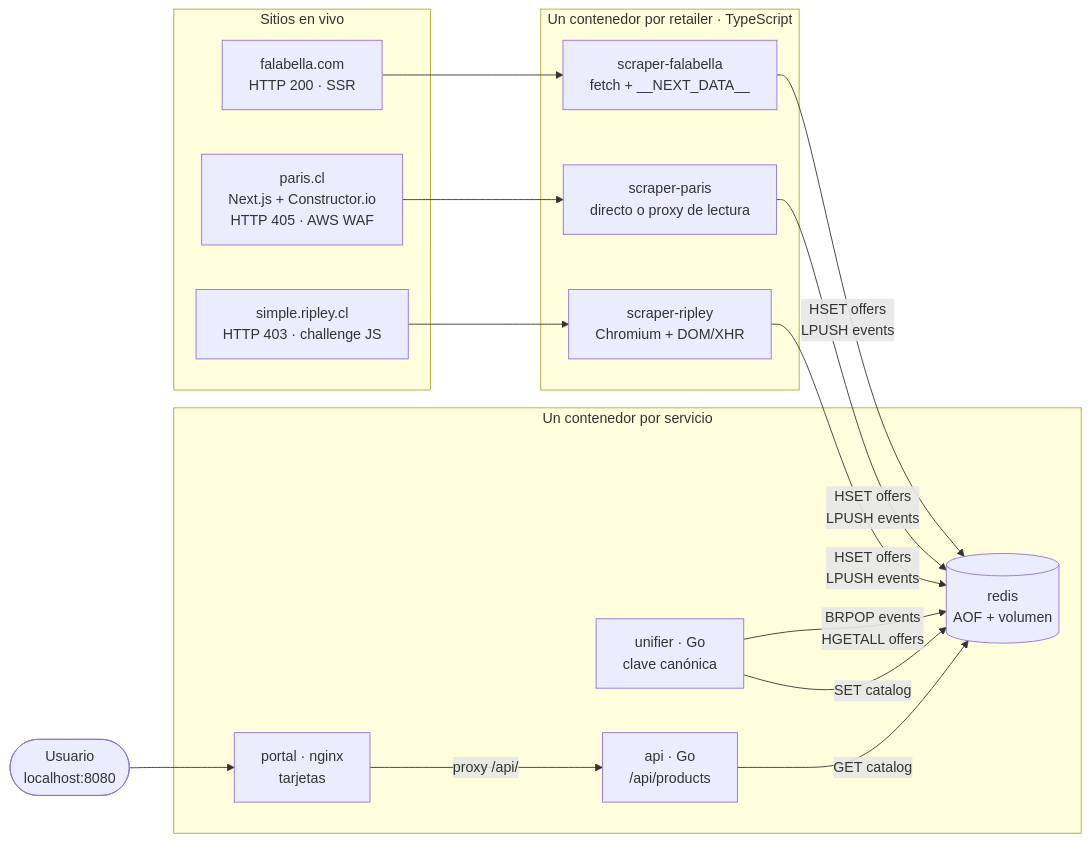
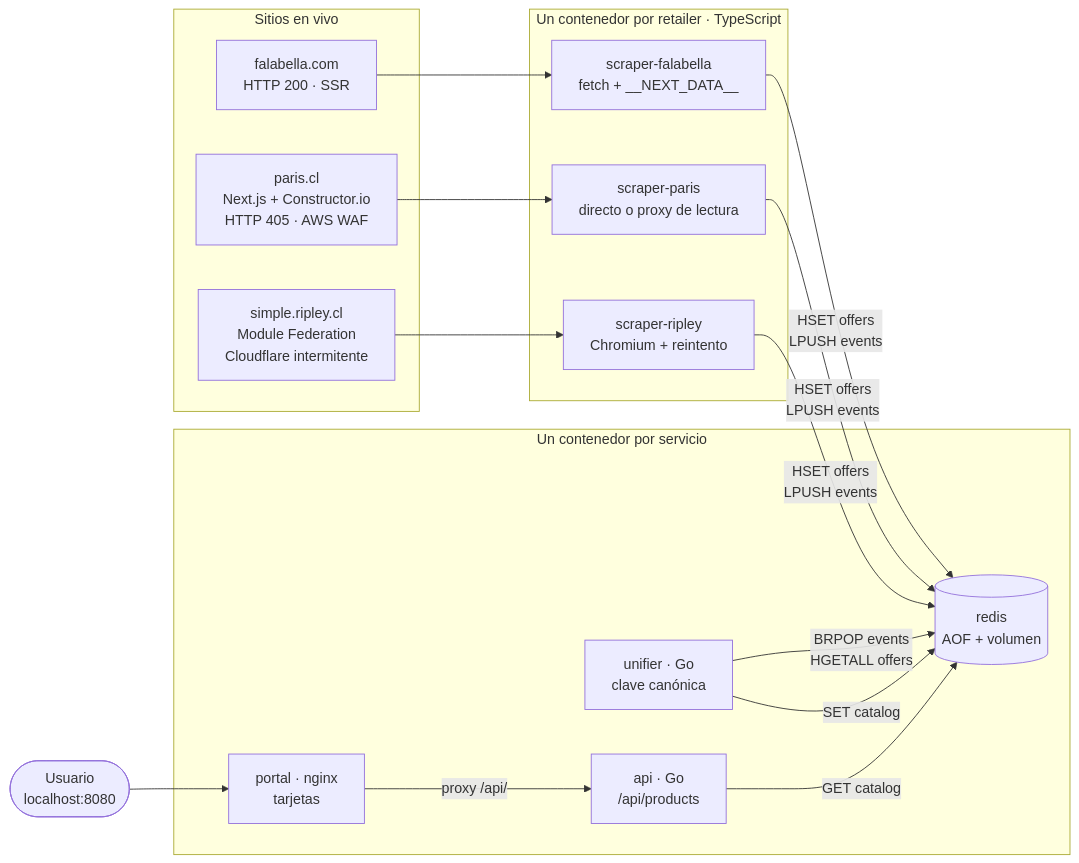
The diagram in README.md (sdamianiw/chilecompara), drawn with Mermaid before and after one commit. The commit also changed other lines of this file, not shown here.

First line of the commit message:
README: causa raiz de Ripley (Module Federation) y estado honesto arriba

````diff
--- a/README.md
+++ b/README.md
@@ -60,36 +61,36 @@
 ```mermaid
 flowchart LR
     subgraph sitios["Sitios en vivo"]
         F["falabella.com<br/>HTTP 200 · SSR"]
         P["paris.cl<br/>Next.js + Constructor.io<br/>HTTP 405 · AWS WAF"]
-        R["simple.ripley.cl<br/>HTTP 403 · challenge JS"]
+        R["simple.ripley.cl<br/>Module Federation<br/>Cloudflare intermitente"]
     end
 
     subgraph nodos["Un contenedor por retailer · TypeScript"]
         SF["scraper-falabella<br/>fetch + __NEXT_DATA__"]
         SP["scraper-paris<br/>directo o proxy de lectura"]
-        SR["scraper-ripley<br/>Chromium + DOM/XHR"]
+        SR["scraper-ripley<br/>Chromium + reintento"]
     end
 
     subgraph servicios["Un contenedor por servicio"]
         RD[("redis<br/>AOF + volumen")]
         UN["unifier · Go<br/>clave canónica"]
         AP["api · Go<br/>/api/products"]
         PO["portal · nginx<br/>tarjetas"]
     end
 
     F --> SF
     P --> SP
     R --> SR
 
     SF -->|"HSET offers<br/>LPUSH events"| RD
     SP -->|"HSET offers<br/>LPUSH events"| RD
     SR -->|"HSET offers<br/>LPUSH events"| RD
 
     UN -->|"BRPOP events<br/>HGETALL offers"| RD
     UN -->|"SET catalog"| RD
     AP -->|"GET catalog"| RD
     PO -->|"proxy /api/"| AP
 
     USER(["Usuario<br/>localhost:8080"]) --> PO
 ```
````
